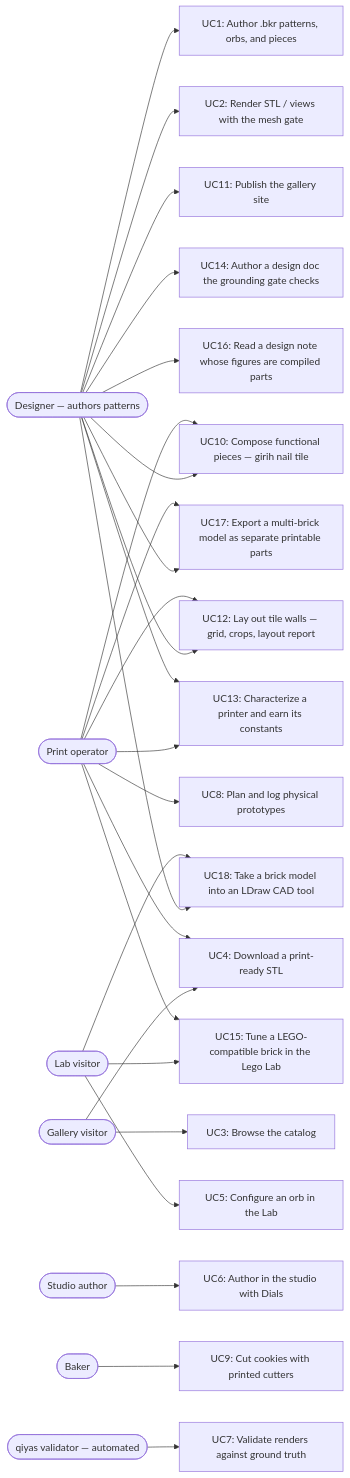
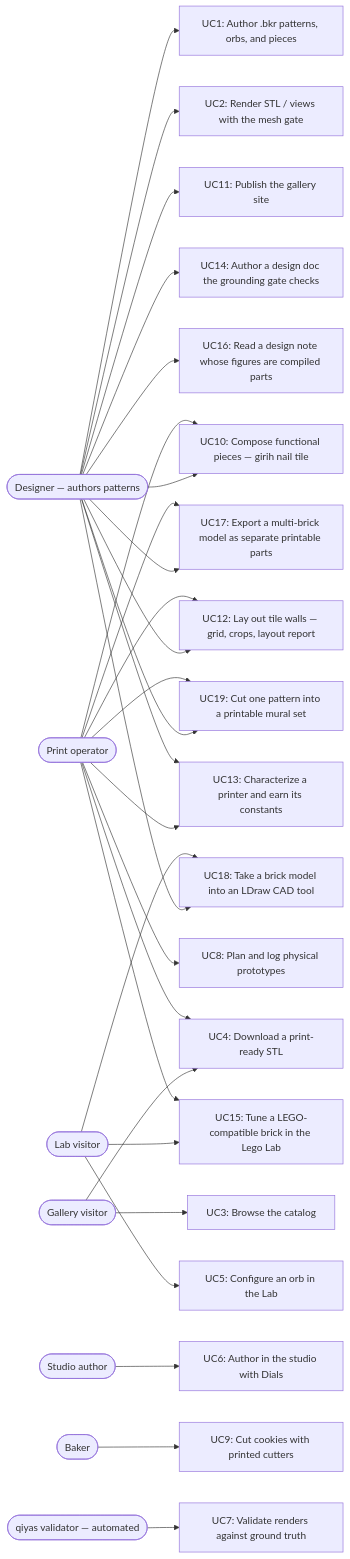
Before and after one commit to omars-lab/3d-models: the diagram in .claude/skills/maintain-use-cases/use-cases.md, drawn with Mermaid. The commit also changed other lines of this file, not shown here.

First line of the commit message:
docs(use-cases): UC19 — cut one pattern into a printable mural set

````diff
--- a/.claude/skills/maintain-use-cases/use-cases.md
+++ b/.claude/skills/maintain-use-cases/use-cases.md
@@ -34,36 +34,38 @@
 ```mermaid
 flowchart LR
   designer([Designer — authors patterns])
   visitor([Gallery visitor])
   labuser([Lab visitor])
   studiouser([Studio author])
   printop([Print operator])
   baker([Baker])
   validator([qiyas validator — automated])
 
   designer --> UC1[UC1: Author .bkr patterns, orbs, and pieces]
   designer --> UC2[UC2: Render STL / views with the mesh gate]
   designer --> UC10[UC10: Compose functional pieces — girih nail tile]
   designer --> UC11[UC11: Publish the gallery site]
   designer --> UC12[UC12: Lay out tile walls — grid, crops, layout report]
   designer --> UC14[UC14: Author a design doc the grounding gate checks]
   designer --> UC16[UC16: Read a design note whose figures are compiled parts]
   designer --> UC17[UC17: Export a multi-brick model as separate printable parts]
   printop --> UC17
   designer --> UC18[UC18: Take a brick model into an LDraw CAD tool]
   labuser --> UC18
+  designer --> UC19[UC19: Cut one pattern into a printable mural set]
+  printop --> UC19
   visitor --> UC3[UC3: Browse the catalog]
   visitor --> UC4[UC4: Download a print-ready STL]
   labuser --> UC5[UC5: Configure an orb in the Lab]
   labuser --> UC15[UC15: Tune a LEGO-compatible brick in the Lego Lab]
   printop --> UC15
   studiouser --> UC6[UC6: Author in the studio with Dials]
   printop --> UC4
   printop --> UC8[UC8: Plan and log physical prototypes]
   printop --> UC10
   printop --> UC12
   printop --> UC13[UC13: Characterize a printer and earn its constants]
   designer --> UC13
   baker --> UC9[UC9: Cut cookies with printed cutters]
   validator --> UC7[UC7: Validate renders against ground truth]
 ```
````
